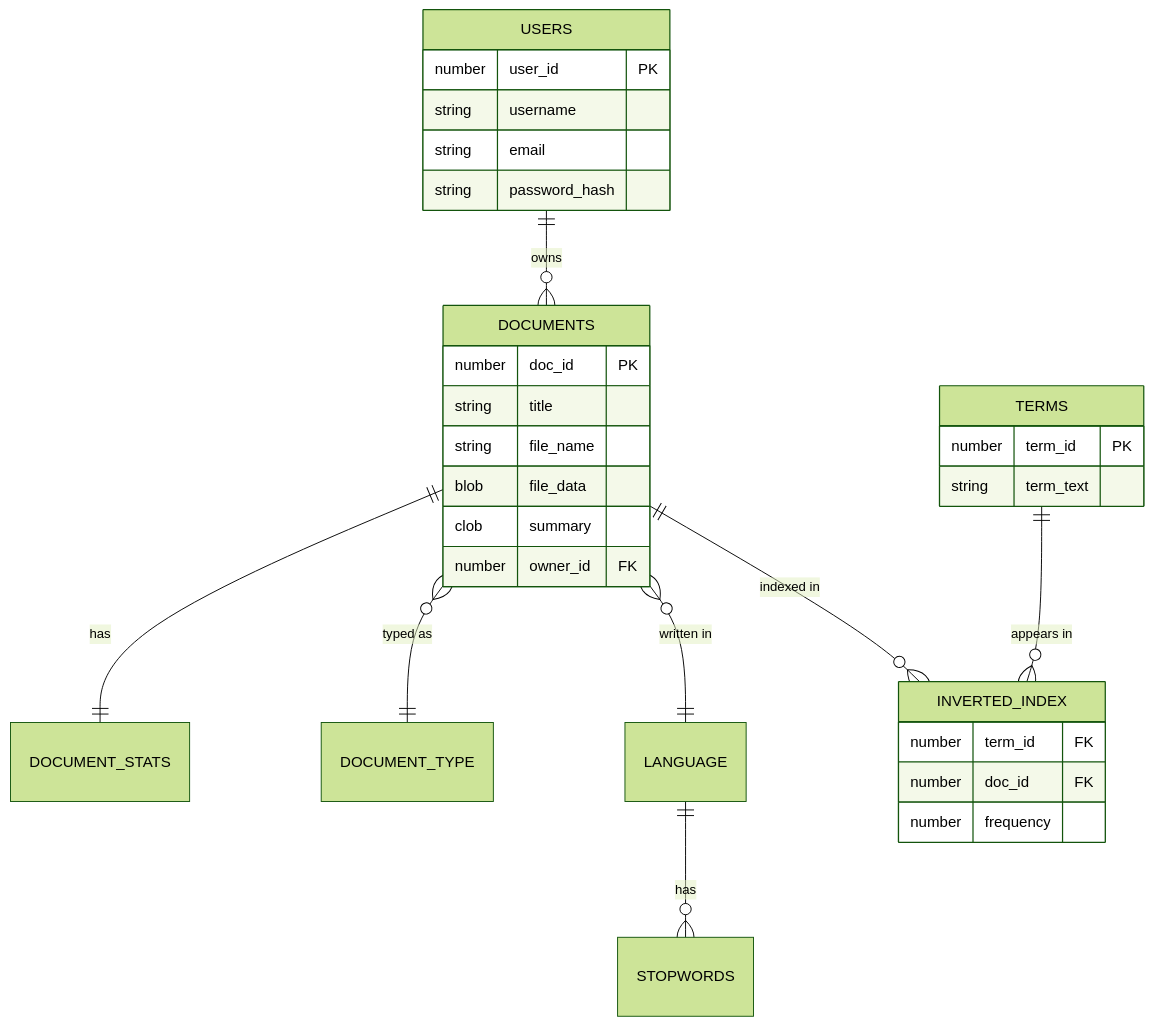
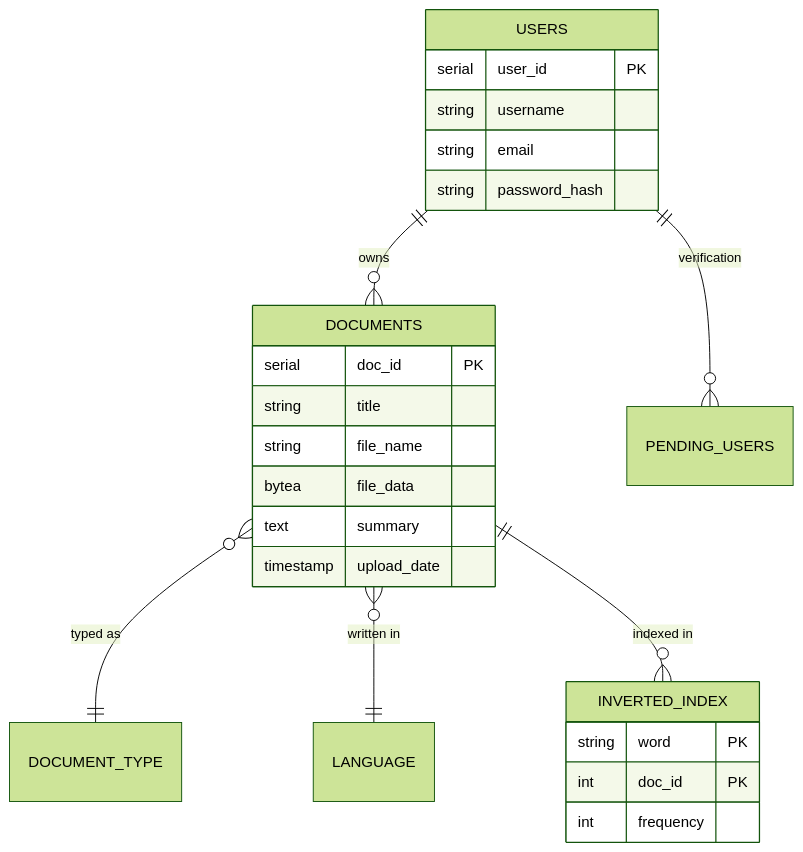
One commit to bipasha-11/SearchX changed the diagram in README.md. Above: the diagram before and after it, drawn with Mermaid (forest theme). The commit also changed other lines of this file, not shown here.

````diff
--- a/README.md
+++ b/README.md
@@ -47,34 +47,28 @@
 ```mermaid
 erDiagram
     USERS ||--o{ DOCUMENTS : "owns"
-    DOCUMENTS ||--|| DOCUMENT_STATS : "has"
+    USERS ||--o{ PENDING_USERS : "verification"
     DOCUMENTS }o--|| DOCUMENT_TYPE : "typed as"
     DOCUMENTS }o--|| LANGUAGE : "written in"
     DOCUMENTS ||--o{ INVERTED_INDEX : "indexed in"
-    TERMS ||--o{ INVERTED_INDEX : "appears in"
-    LANGUAGE ||--o{ STOPWORDS : "has"
     
     USERS {
-        number user_id PK
+        serial user_id PK
         string username
         string email
         string password_hash
     }
     DOCUMENTS {
-        number doc_id PK
+        serial doc_id PK
         string title
         string file_name
-        blob file_data
-        clob summary
-        number owner_id FK
-    }
-    TERMS {
-        number term_id PK
-        string term_text
+        bytea file_data
+        text summary
+        timestamp upload_date
     }
     INVERTED_INDEX {
-        number term_id FK
-        number doc_id FK
-        number frequency
+        string word PK
+        int doc_id PK
+        int frequency
     }
 ```
````
